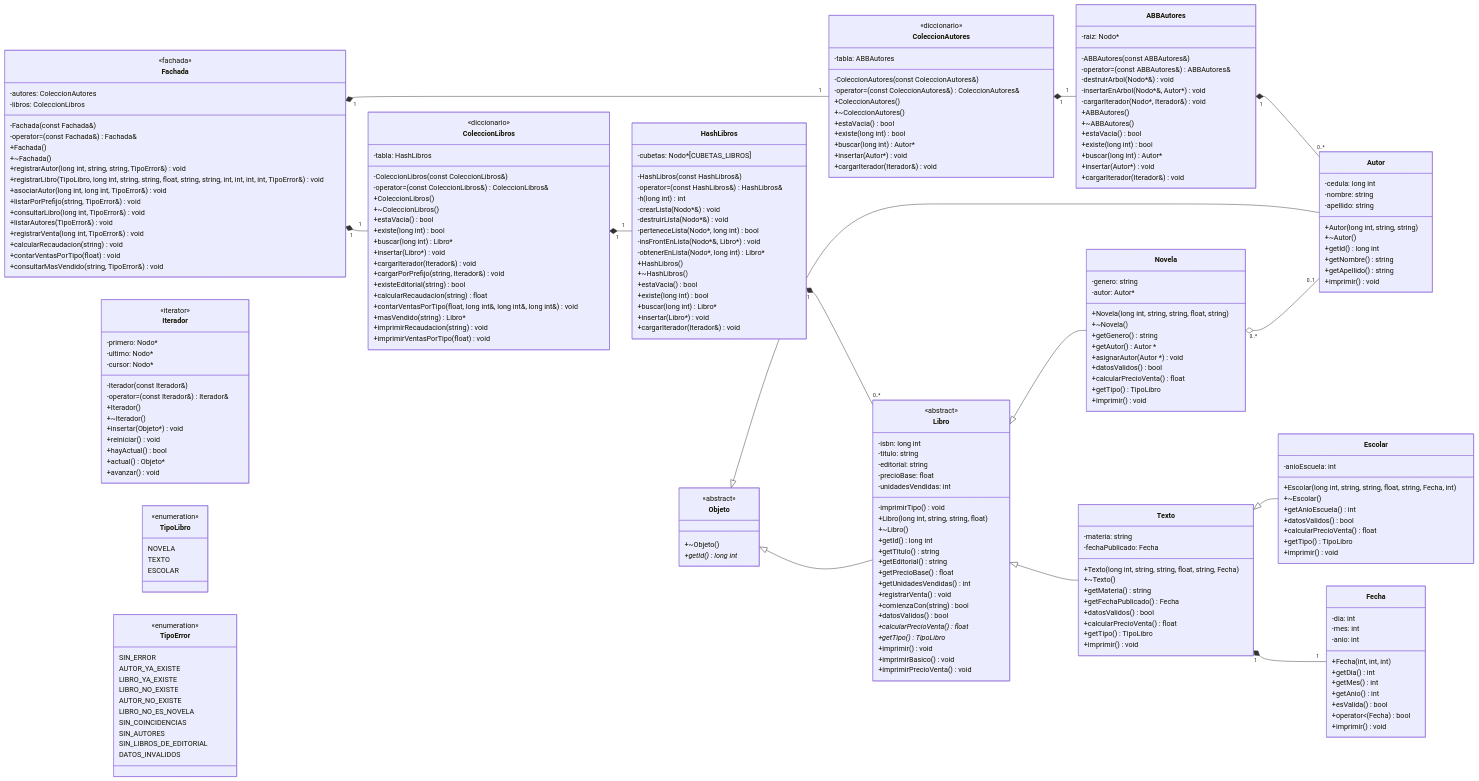
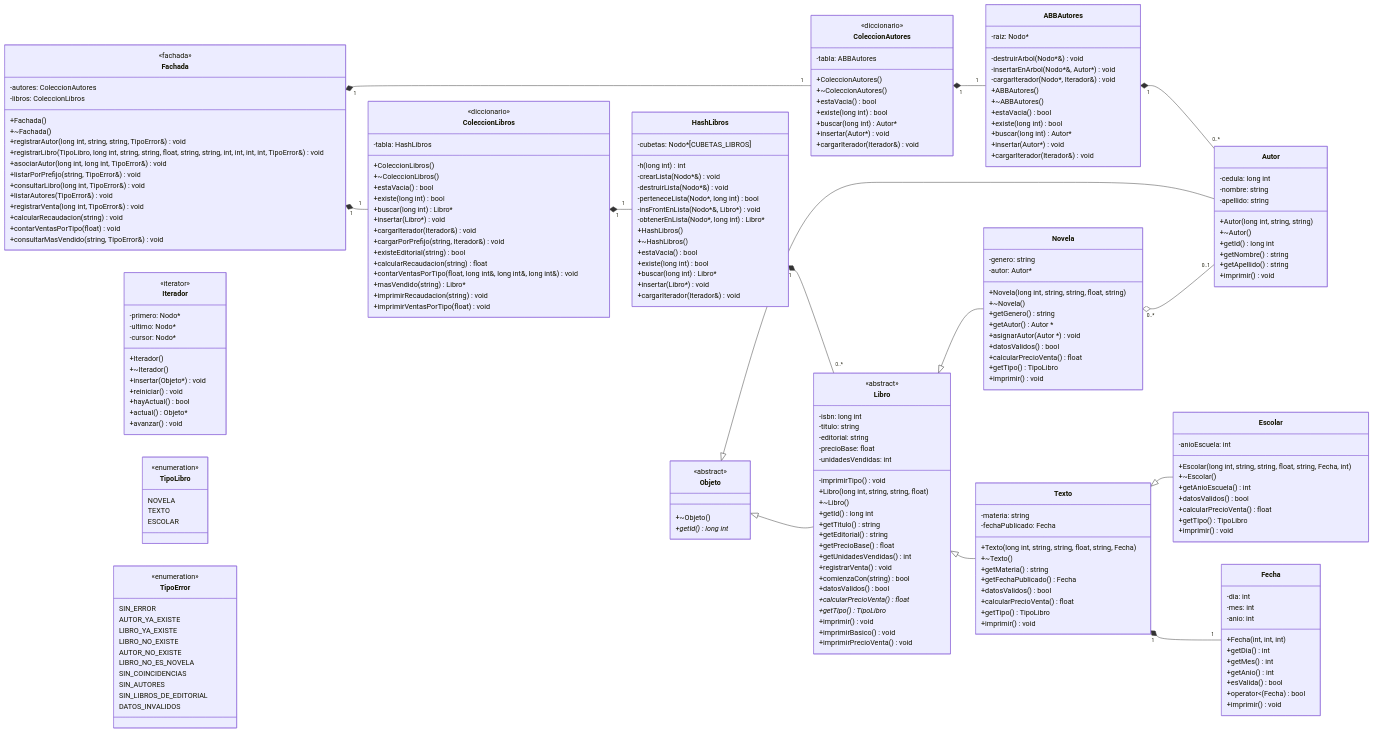
Before and after one commit to matiasmirenda/ObligatorioP4: the second of 2 diagrams in README.md, drawn with Mermaid. The commit also changed 7 other files, not shown here.

```diff
--- a/README.md
+++ b/README.md
@@ -307,8 +307,6 @@
         +imprimir() void
     }
     class ColeccionLibros {
-        -ColeccionLibros(const ColeccionLibros&)
-        -operator=(const ColeccionLibros&) ColeccionLibros&
         <<diccionario>>
         -tabla: HashLibros
         +ColeccionLibros()
@@ -327,8 +325,6 @@
         +imprimirVentasPorTipo(float) void
     }
     class ColeccionAutores {
-        -ColeccionAutores(const ColeccionAutores&)
-        -operator=(const ColeccionAutores&) ColeccionAutores&
         <<diccionario>>
         -tabla: ABBAutores
         +ColeccionAutores()
@@ -341,8 +337,6 @@
     }
     class HashLibros {
         -cubetas: Nodo#42;[CUBETAS_LIBROS]
-        -HashLibros(const HashLibros&)
-        -operator=(const HashLibros&) HashLibros&
         -h(long int) int
         -crearLista(Nodo#42;&) void
         -destruirLista(Nodo#42;&) void
@@ -359,8 +353,6 @@
     }
     class ABBAutores {
         -raiz: Nodo#42;
-        -ABBAutores(const ABBAutores&)
-        -operator=(const ABBAutores&) ABBAutores&
         -destruirArbol(Nodo#42;&) void
         -insertarEnArbol(Nodo#42;&, Autor#42;) void
         -cargarIterador(Nodo#42;, Iterador&) void
@@ -373,8 +365,6 @@
         +cargarIterador(Iterador&) void
     }
     class Iterador {
-        -Iterador(const Iterador&)
-        -operator=(const Iterador&) Iterador&
         <<iterator>>
         -primero: Nodo#42;
         -ultimo: Nodo#42;
@@ -407,8 +397,6 @@
         DATOS_INVALIDOS
     }
     class Fachada {
-        -Fachada(const Fachada&)
-        -operator=(const Fachada&) Fachada&
         <<fachada>>
         -autores: ColeccionAutores
         -libros: ColeccionLibros
```
